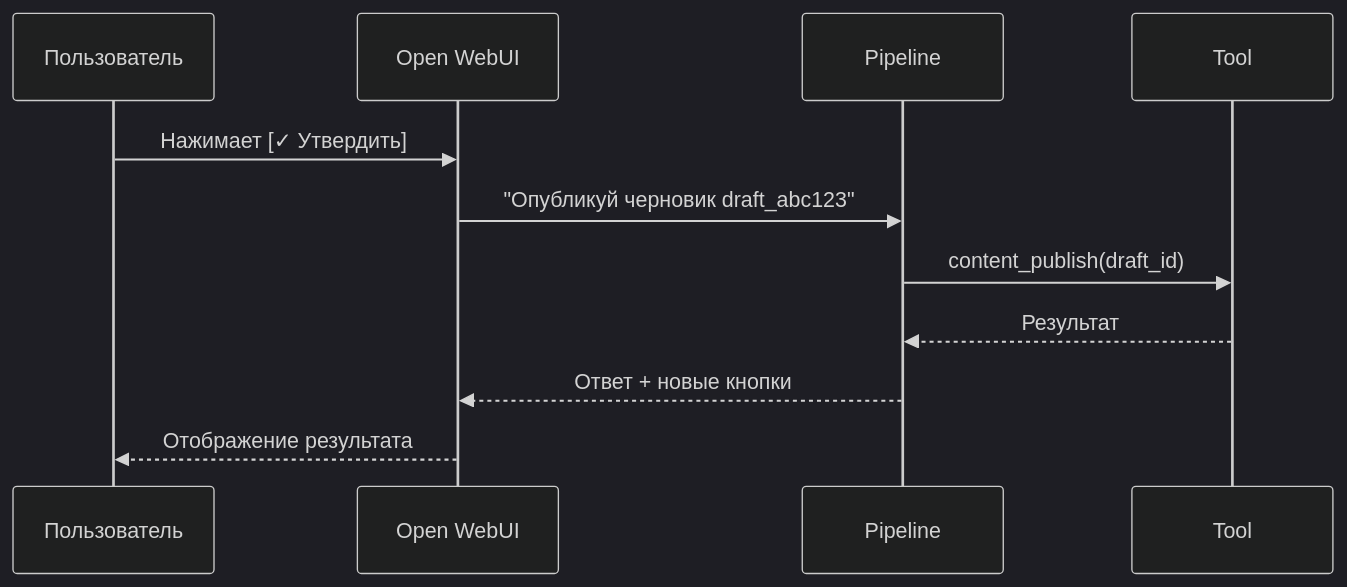
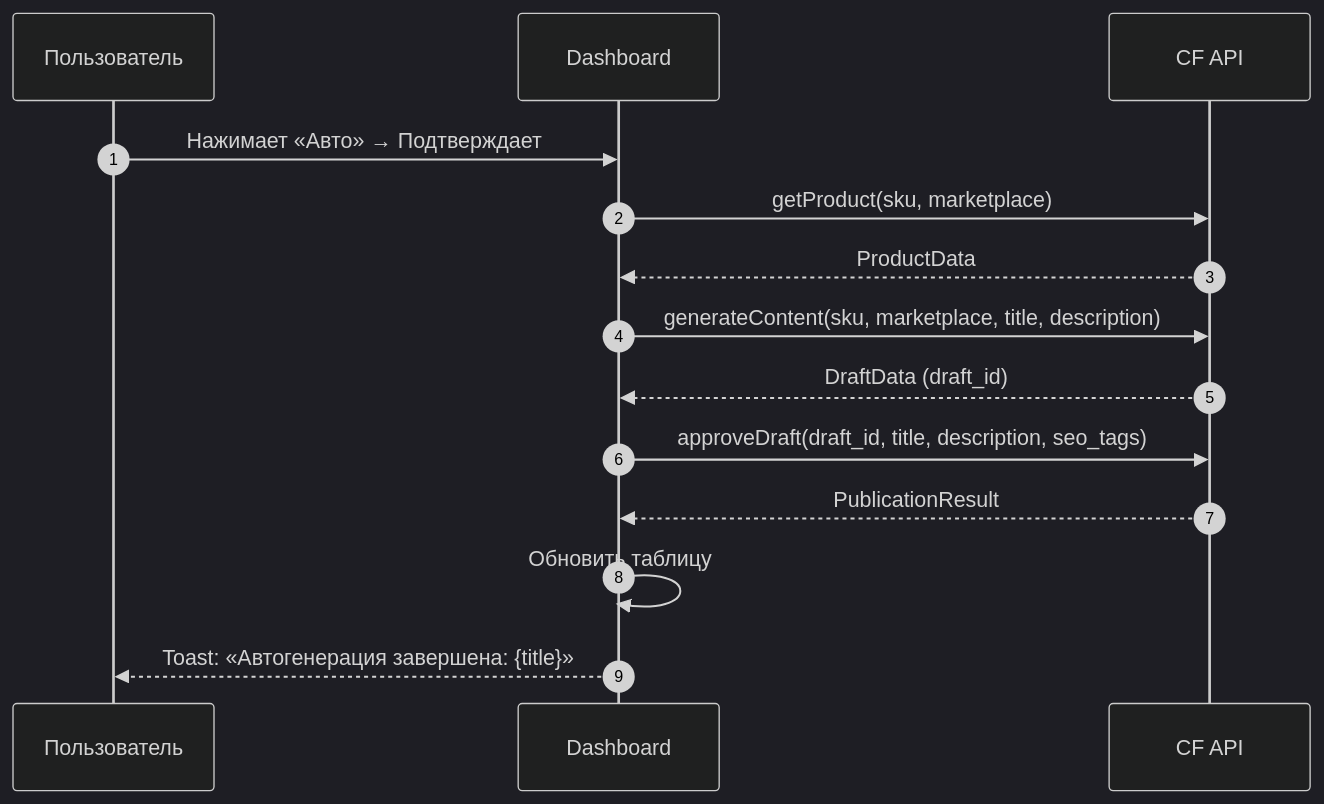
Before and after one commit to Sign25/Docs: the second of 2 diagrams in content_factory/adolf_content_factory_4_open_webui.md, drawn with Mermaid (dark theme). The commit also changed other lines of this file and 3 other files, not shown here.

````diff
--- a/content_factory/adolf_content_factory_4_open_webui.md
+++ b/content_factory/adolf_content_factory_4_open_webui.md
@@ -1068,14 +136,17 @@
 ```mermaid
 sequenceDiagram
+    autonumber
     participant U as Пользователь
-    participant UI as Open WebUI
-    participant P as Pipeline
-    participant T as Tool
+    participant UI as Dashboard
+    participant API as CF API
 
-    U->>UI: Нажимает [✓ Утвердить]
-    UI->>P: "Опубликуй черновик draft_abc123"
-    P->>T: content_publish(draft_id)
-    T-->>P: Результат
-    P-->>UI: Ответ + новые кнопки
-    UI-->>U: Отображение результата
+    U->>UI: Нажимает «Авто» → Подтверждает
+    UI->>API: getProduct(sku, marketplace)
+    API-->>UI: ProductData
+    UI->>API: generateContent(sku, marketplace, title, description)
+    API-->>UI: DraftData (draft_id)
+    UI->>API: approveDraft(draft_id, title, description, seo_tags)
+    API-->>UI: PublicationResult
+    UI->>UI: Обновить таблицу
+    UI-->>U: Toast: «Автогенерация завершена: {title}»
 ```
````
